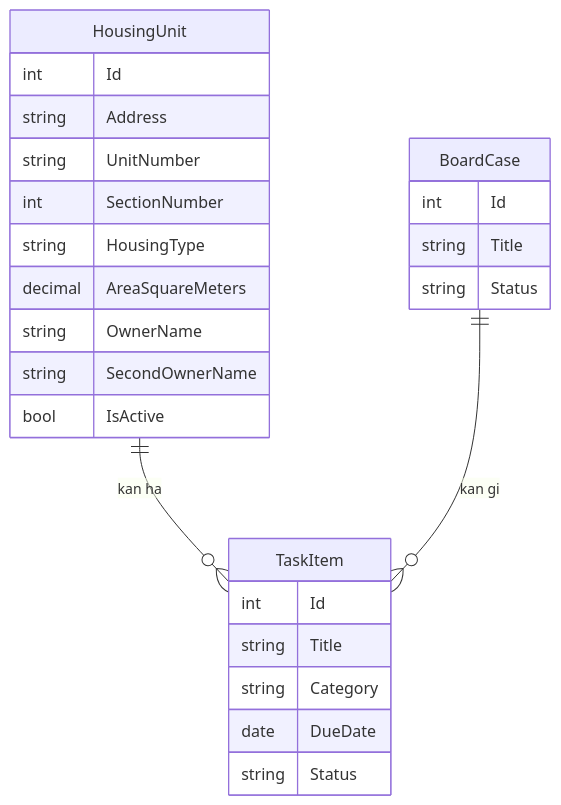
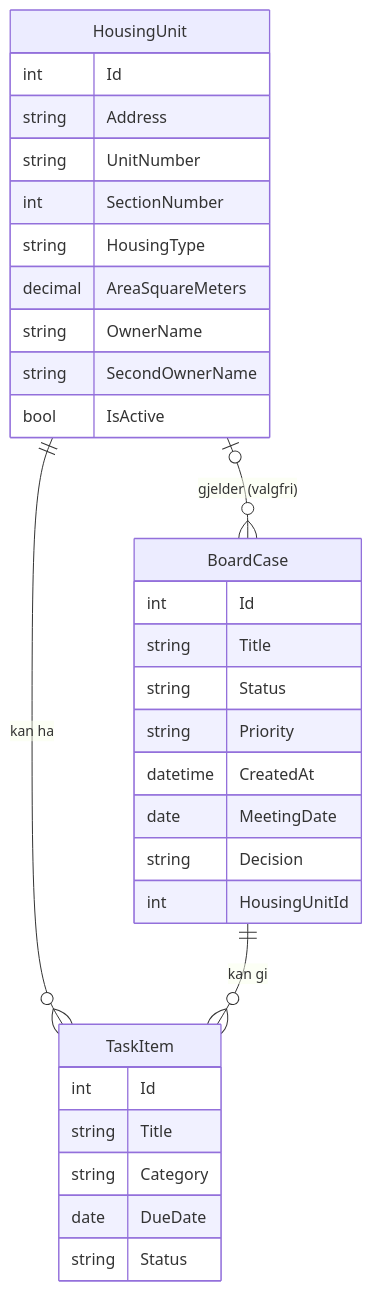
The second of 3 diagrams in docs/ARCHITECTURE.md (rmk062026/SameieHub), drawn with Mermaid before and after one commit. The commit also changed other lines of this file and 3 other files, not shown here.

Commit message:
docs: document BoardCase model, status rules and open questions for M2B

````diff
--- a/docs/ARCHITECTURE.md
+++ b/docs/ARCHITECTURE.md
@@ -35,28 +35,34 @@
 ```mermaid
 erDiagram
     HousingUnit ||--o{ TaskItem : "kan ha"
+    HousingUnit |o--o{ BoardCase : "gjelder (valgfri)"
     BoardCase ||--o{ TaskItem : "kan gi"
     HousingUnit {
         int Id
         string Address
         string UnitNumber
         int SectionNumber
         string HousingType
         decimal AreaSquareMeters
         string OwnerName
         string SecondOwnerName
         bool IsActive
     }
     BoardCase {
         int Id
         string Title
         string Status
+        string Priority
+        datetime CreatedAt
+        date MeetingDate
+        string Decision
+        int HousingUnitId
     }
     TaskItem {
         int Id
         string Title
         string Category
         date DueDate
         string Status
     }
 ```
````
